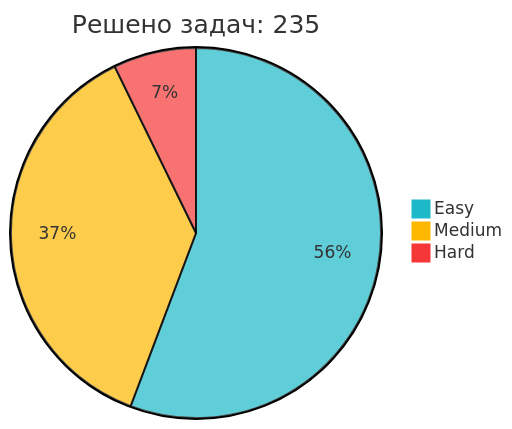
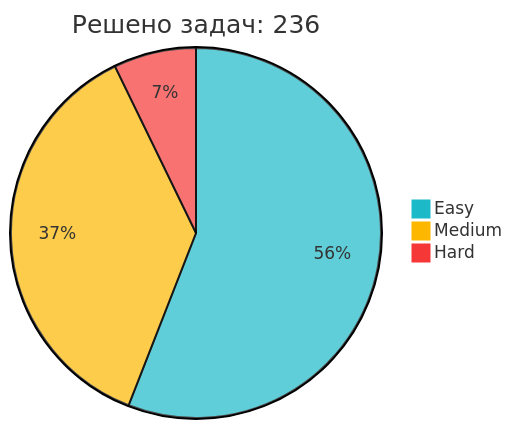
The diagram in README.md (IliaKurdukov/IliaKurdukov), drawn with Mermaid before and after one commit. The commit also changed other lines of this file, not shown here.

Commit message:
📈 Обновление статистики LeetCode

````diff
--- a/README.md
+++ b/README.md
@@ -51,7 +51,7 @@
 ```mermaid
 %%{init: {'theme': 'base', 'themeVariables': { 'pie1': '#1CBAC8', 'pie2': '#FEB700', 'pie3': '#F63737' }, 'config': {'width': 300, 'height': 200}}}%%
-pie title Решено задач: 235
-   "Easy" : 131
+pie title Решено задач: 236
+   "Easy" : 132
    "Medium" : 87
    "Hard" : 17
 ```
````
